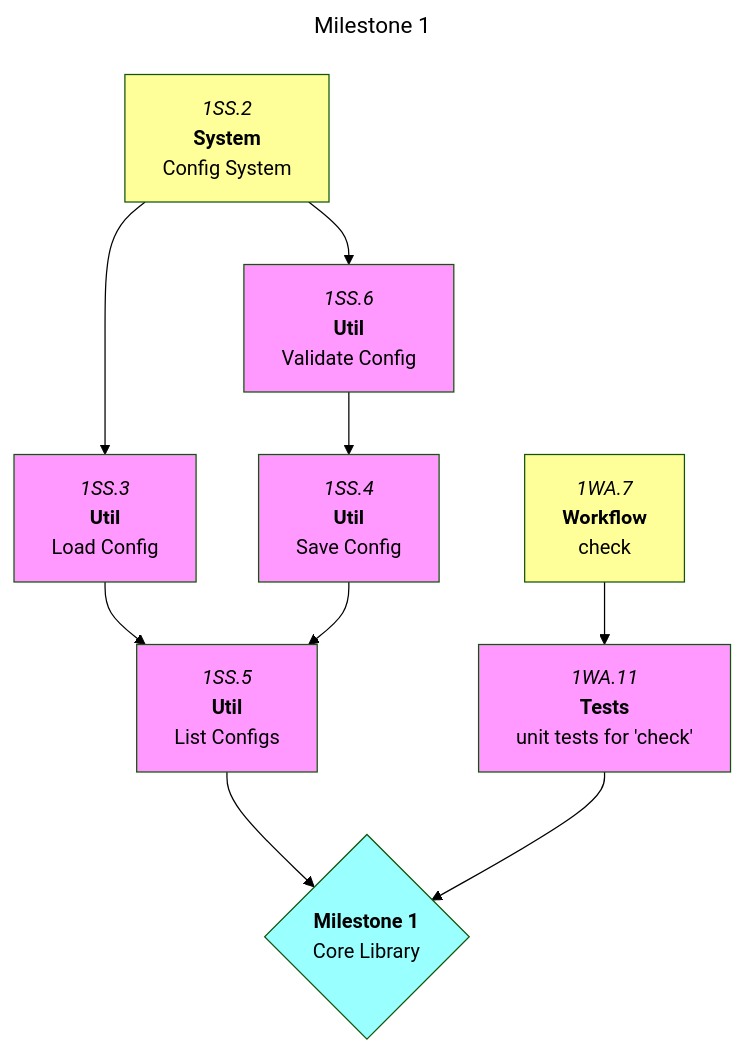
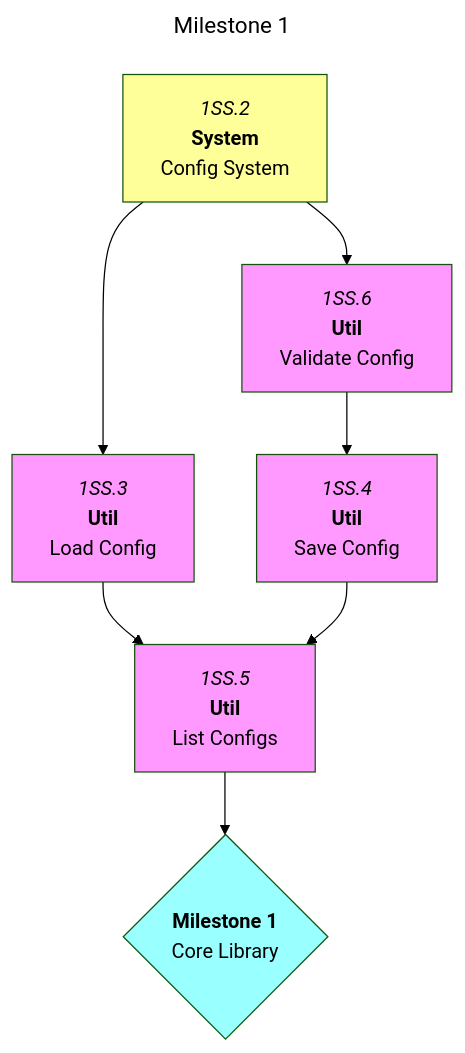
One commit to foundersandcoders/iris changed the first of 6 diagrams in docs/roadmaps/mvp.md. Above: the diagram before and after it, drawn with Mermaid (forest theme). The commit also changed other lines of this file, not shown here.

Commit message:
docs: update roadmap

````diff
--- a/docs/roadmaps/mvp.md
+++ b/docs/roadmaps/mvp.md
@@ -46,21 +46,18 @@
 ```mermaid
 ---
 title: Milestone 1
 ---
 graph TD
 
 1SS.2["`*1SS.2*<br/>**System**<br/>Config System`"]:::open --> 1SS.3 & 1SS.6
 1SS.3["`*1SS.3*<br/>**Util**<br/>Load Config`"] --> 1SS.5
 1SS.4["`*1SS.4*<br/>**Util**<br/>Save Config`"] --> 1SS.5
 1SS.5["`*1SS.5*<br/>**Util**<br/>List Configs`"] --> m1
 1SS.6["`*1SS.6*<br/>**Util**<br/>Validate Config`"] --> 1SS.4
 
-1WA.7["`*1WA.7*<br/>**Workflow**<br/>check`"]:::open --> 1WA.11
-1WA.11["`*1WA.11*<br/>**Tests**<br/>unit tests for 'check'`"] --> m1
-
 m1{"`**Milestone 1**<br/>Core Library`"}:::mile
 
 classDef default,blocked fill:#f9f;
 classDef open fill:#ff9;
 classDef mile fill:#9ff;
 ```
````
